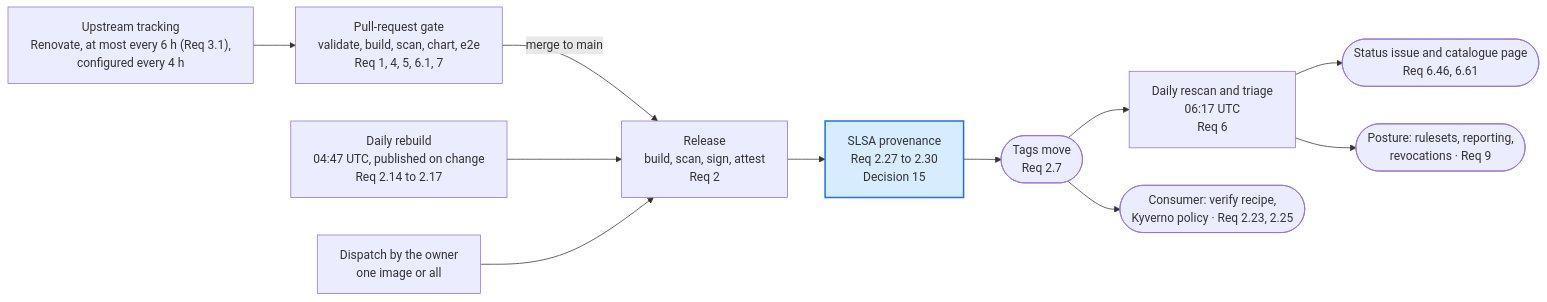
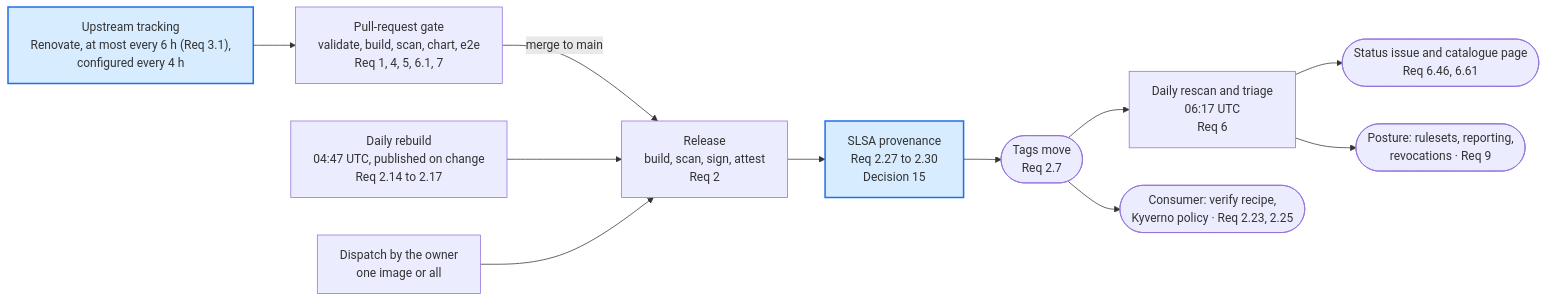
One commit to mm-weber/dhc-pipeline changed the first of 7 diagrams in docs/lanes.md. Above: the diagram before and after it, drawn with Mermaid. The commit also changed other lines of this file, not shown here.

First line of the commit message:
docs: the upstream tracking lane drawn (plan 5.1; task 19.6)

````diff
--- a/docs/lanes.md
+++ b/docs/lanes.md
@@ -9,16 +9,16 @@
 ```mermaid
 %%{init: {"flowchart": {"wrappingWidth": 340}}}%%
 flowchart LR
     U["Upstream tracking<br/>Renovate, at most every 6 h (Req 3.1),<br/>configured every 4 h"] --> G["Pull-request gate<br/>validate, build, scan, chart, e2e<br/>Req 1, 4, 5, 6.1, 7"]
     G -->|merge to main| R["Release<br/>build, scan, sign, attest<br/>Req 2"]
     S["Daily rebuild<br/>04:47 UTC, published on change<br/>Req 2.14 to 2.17"] --> R
     DSP["Dispatch by the owner<br/>one image or all"] --> R
     R --> P["SLSA provenance<br/>Req 2.27 to 2.30<br/>Decision 15"]
     P --> T(["Tags move<br/>Req 2.7"])
     T --> D["Daily rescan and triage<br/>06:17 UTC<br/>Req 6"]
     D --> ST(["Status issue and catalogue page<br/>Req 6.46, 6.61"])
     D --> GOV(["Posture: rulesets, reporting,<br/>revocations · Req 9"])
     T --> C(["Consumer: verify recipe,<br/>Kyverno policy · Req 2.23, 2.25"])
     classDef drawn fill:#d7ecff,stroke:#1f6feb,stroke-width:2px
-    class P drawn
+    class U,P drawn
 ```
````
